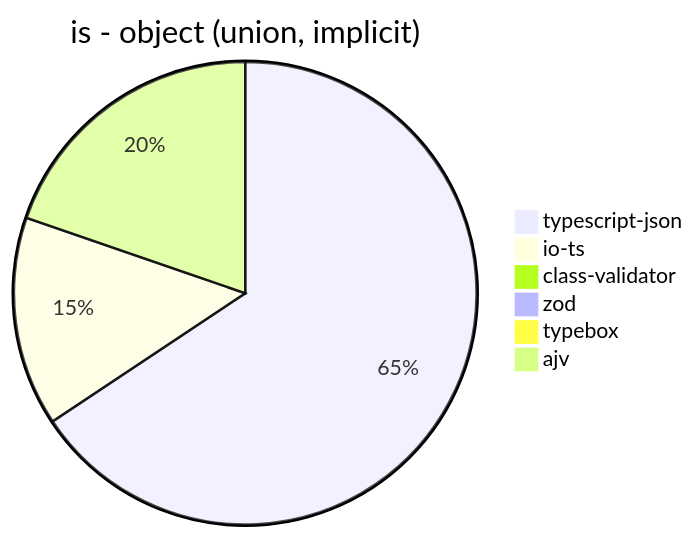
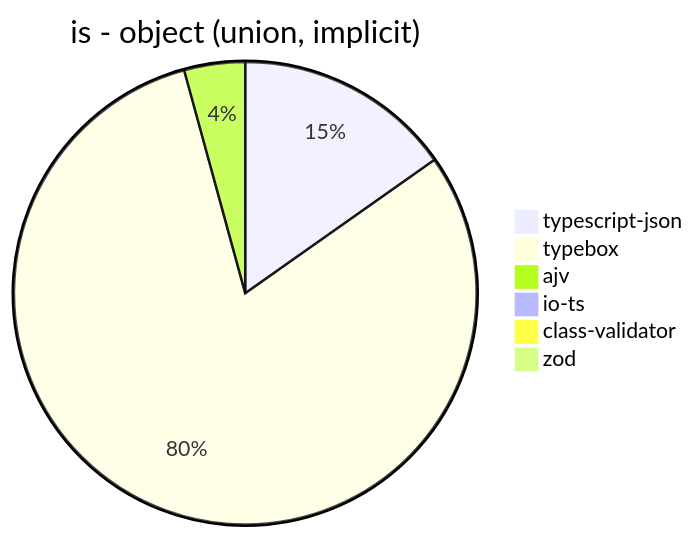
The fourth of 39 diagrams in benchmark/results/AMD Ryzen 7 5800H with Radeon Graphics.md (samchon/typia), drawn with Mermaid before and after one commit. The commit also changed other lines of this file and 7 other files, not shown here.

````diff
--- a/benchmark/results/AMD Ryzen 7 5800H with Radeon Graphics.md
+++ b/benchmark/results/AMD Ryzen 7 5800H with Radeon Graphics.md
@@ -54,9 +54,9 @@
 ```mermaid
 pie title is - object (union, implicit)
-  "typescript-json": 14263.87154326494
-  "io-ts": 3178.1324527609613
-  "class-validator": 15.994183933115231
-  "zod": 51.989489489489486
-  "typebox": 0
-  "ajv": 4282.869260556888
+  "typescript-json": 14827.103664150249
+  "typebox": 78396.14830813535
+  "ajv": 4143.194192377496
+  "io-ts": 0
+  "class-validator": 15.32846715328467
+  "zod": 45.854732208363906
 ```
````
